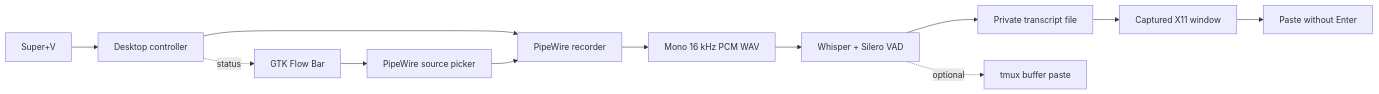
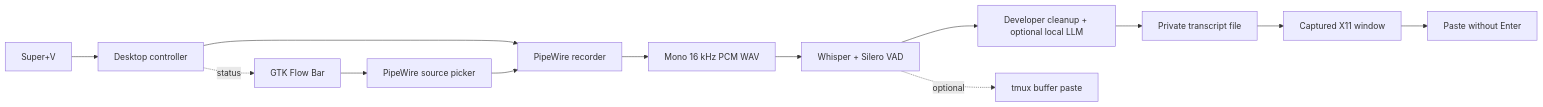
The diagram in README.md (yuribodo/vox), drawn with Mermaid before and after one commit. The commit also changed other lines of this file and 24 other files, not shown here.

````diff
--- a/README.md
+++ b/README.md
@@ -158,14 +162,15 @@
 ```mermaid
 flowchart LR
     A[Super+V] --> B[Desktop controller]
     B --> C[PipeWire recorder]
     C --> D[Mono 16 kHz PCM WAV]
     D --> E[Whisper + Silero VAD]
-    E --> F[Private transcript file]
+    E --> P[Developer cleanup + optional local LLM]
+    P --> F[Private transcript file]
     F --> G[Captured X11 window]
     G --> H[Paste without Enter]
     B -. status .-> I[GTK Flow Bar]
     I --> K[PipeWire source picker]
     K --> C
     E -. optional .-> J[tmux buffer paste]
 ```
````
